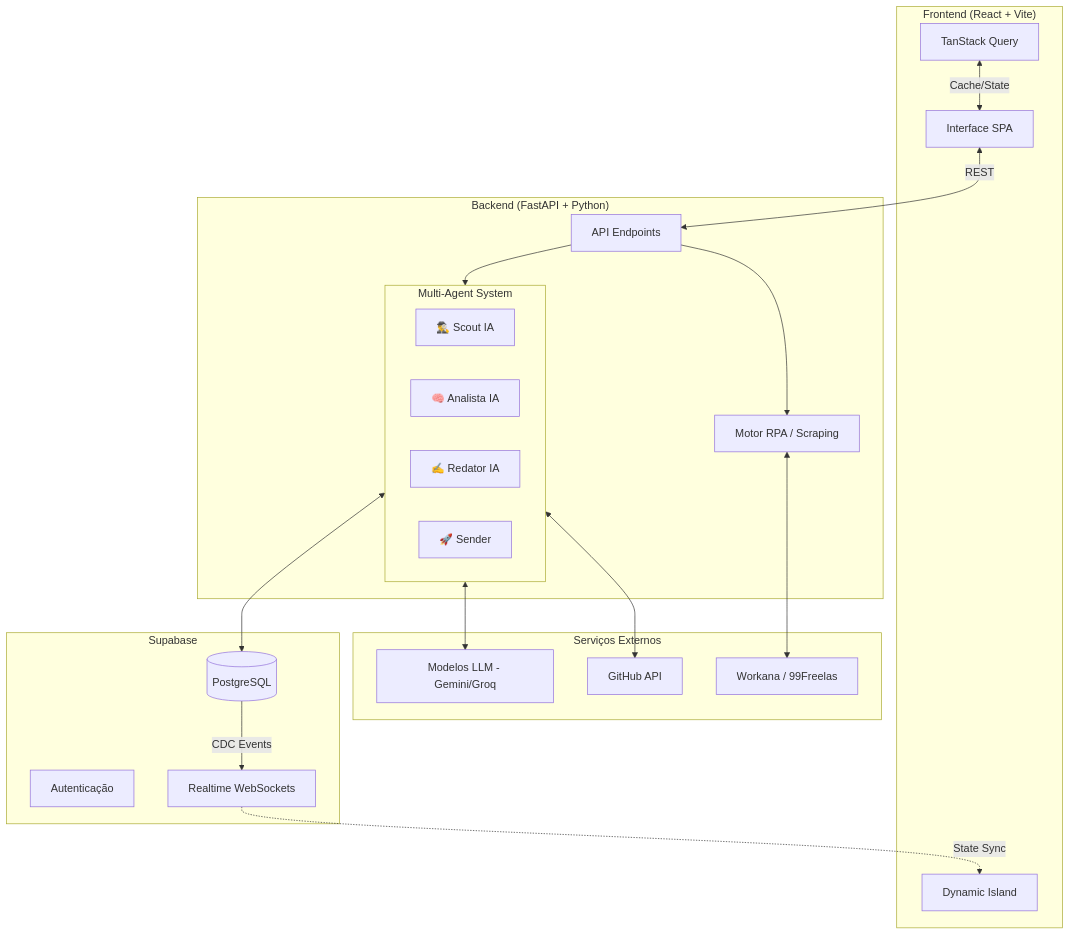
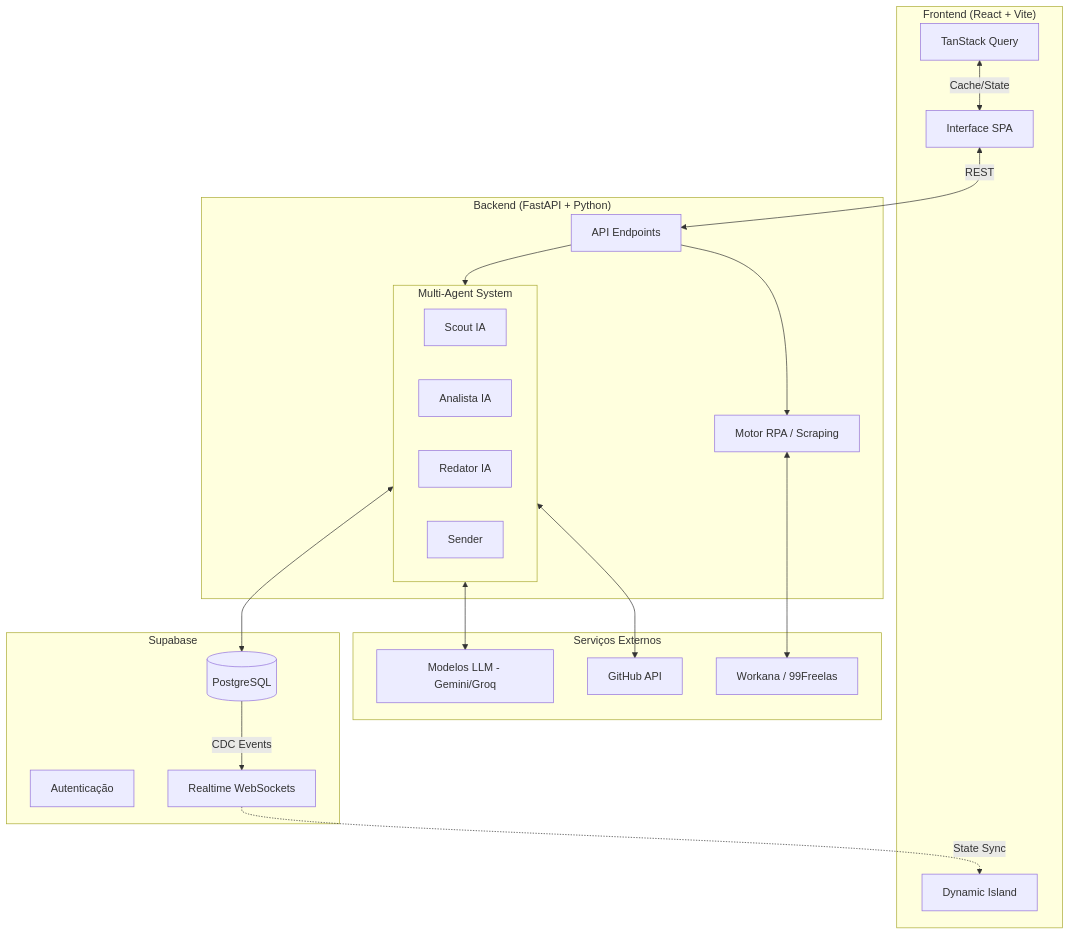
Before and after one commit to raphael-henrique-dev/FreelaOS: the diagram in README.md, drawn with Mermaid. The commit also changed other lines of this file, not shown here.

````diff
--- a/README.md
+++ b/README.md
@@ -71,56 +71,56 @@
 ```mermaid
 graph TD
     %% Frontend
     subgraph Frontend ["Frontend (React + Vite)"]
         UI["Interface SPA"]
         DI["Dynamic Island"]
         RQ["TanStack Query"]
     end
 
     %% Backend
     subgraph Backend ["Backend (FastAPI + Python)"]
         API["API Endpoints"]
         Playwright["Motor RPA / Scraping"]
         
         subgraph Agents ["Multi-Agent System"]
-            Scout["🕵️‍♂️ Scout IA"]
-            Analyst["🧠 Analista IA"]
-            Writer["✍️ Redator IA"]
-            Sender["🚀 Sender"]
+            Scout["Scout IA"]
+            Analyst["Analista IA"]
+            Writer["Redator IA"]
+            Sender["Sender"]
         end
     end
 
     %% Integrações
     subgraph External ["Serviços Externos"]
         LLM["Modelos LLM - Gemini/Groq"]
         GH["GitHub API"]
         FPlat["Workana / 99Freelas"]
     end
 
     %% BaaS
     subgraph BaaS ["Supabase"]
         DB[("PostgreSQL")]
         Auth["Autenticação"]
         RT["Realtime WebSockets"]
     end
 
     %% Relações Frontend -> Backend
     UI <--> |REST| API
     RQ <--> |Cache/State| UI
     
     %% Relações Realtime
     DB --> |CDC Events| RT
     RT -.-> |State Sync| DI
 
     %% Relações Backend Internas
     API --> Playwright
     API --> Agents
     Playwright <--> FPlat
 
     %% Relações Backend -> DB
     Agents <--> DB
     
     %% Relações Backend -> Externas
     Agents <--> LLM
     Agents <--> GH
 ```
````
